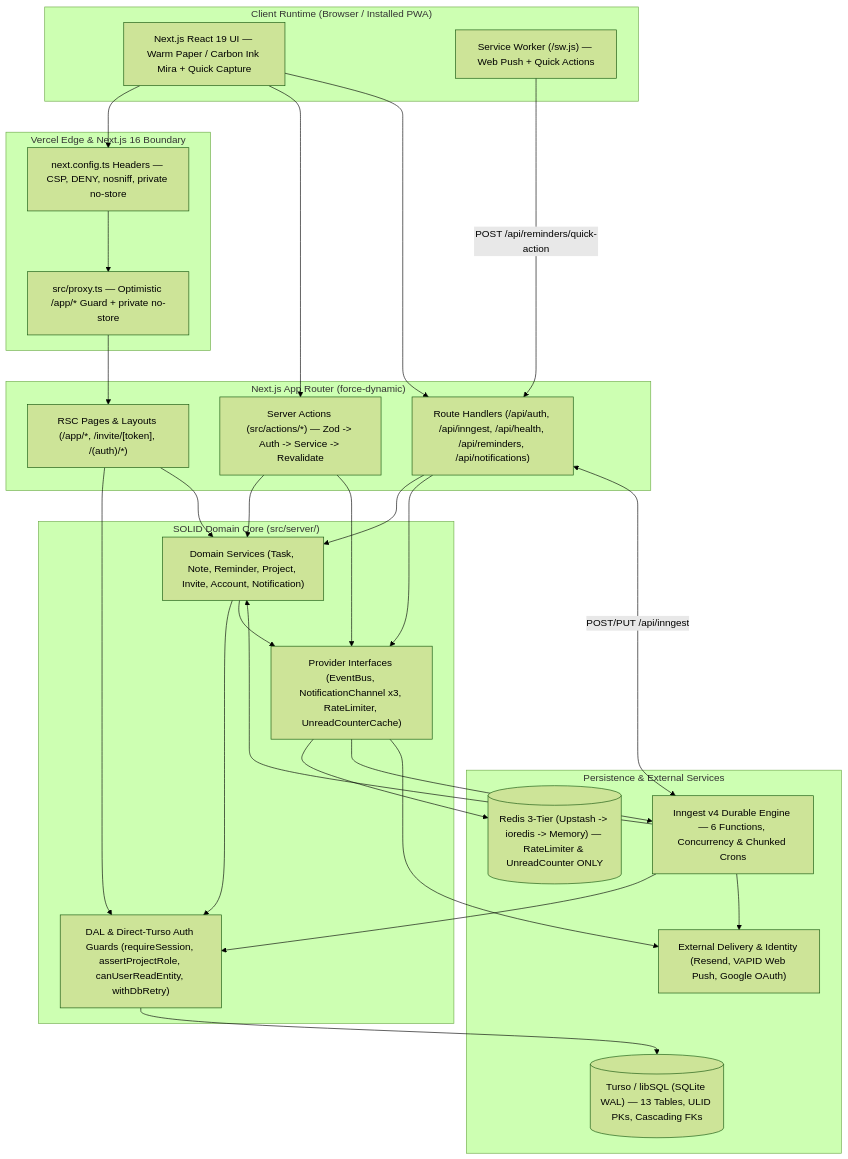
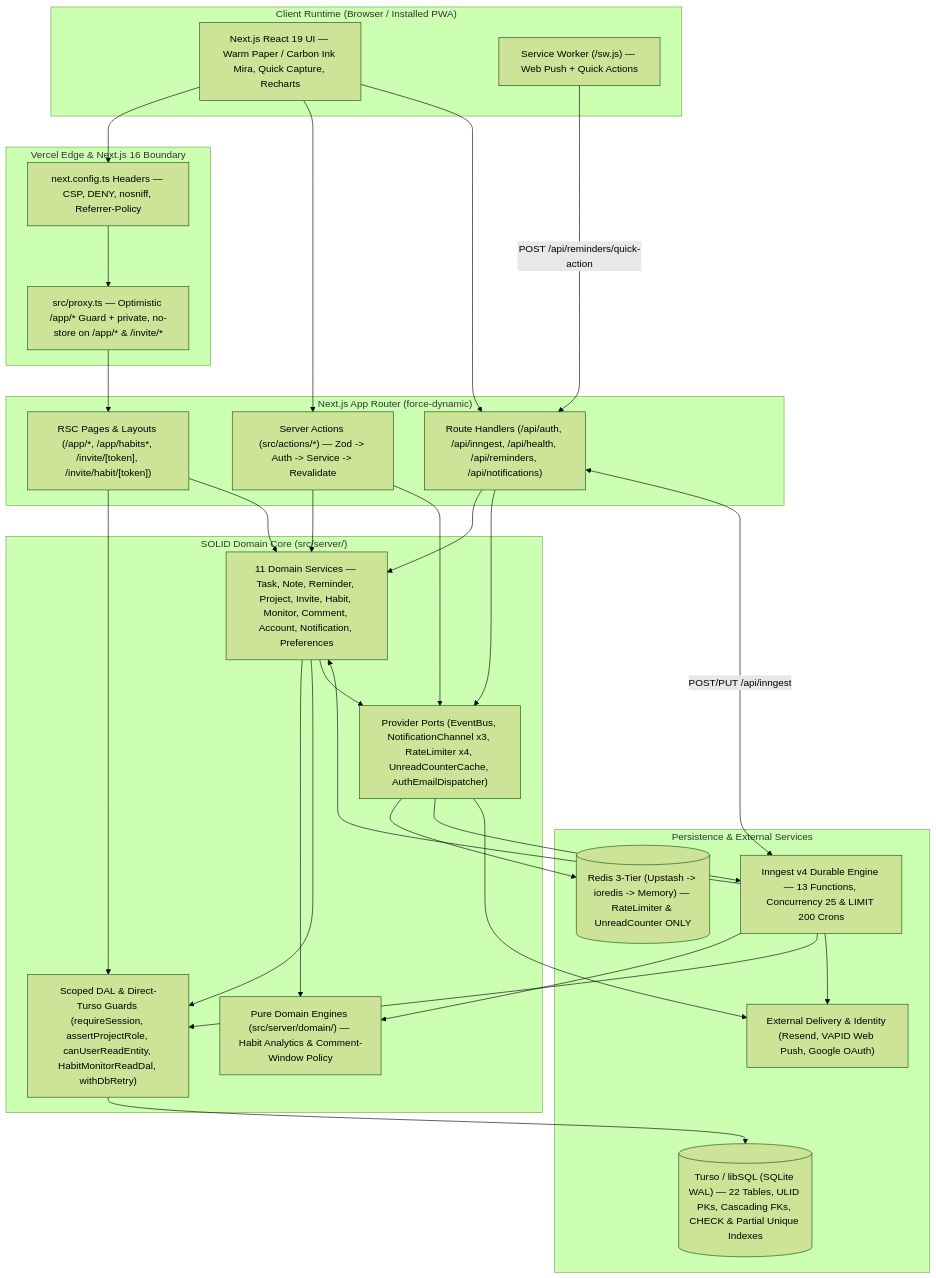
Before and after one commit to Marvin-MM/folio_tracker: the first of 11 diagrams in docs/ARCHITECTURE.md, drawn with Mermaid (forest theme). The commit also changed other lines of this file and 1 other file, not shown here.

Commit message:
docs: unify system architecture and update README for Habits and Accountability Circle

````diff
--- a/docs/ARCHITECTURE.md
+++ b/docs/ARCHITECTURE.md
@@ -11,53 +11,56 @@
 ```mermaid
 flowchart TB
   subgraph Client["Client Runtime (Browser / Installed PWA)"]
-    UI["Next.js React 19 UI — Warm Paper / Carbon Ink Mira + Quick Capture"]
+    UI["Next.js React 19 UI — Warm Paper / Carbon Ink Mira, Quick Capture, Recharts"]
     SW["Service Worker (/sw.js) — Web Push + Quick Actions"]
   end
 
   subgraph Edge["Vercel Edge & Next.js 16 Boundary"]
-    HDR["next.config.ts Headers — CSP, DENY, nosniff, private no-store"]
-    PRX["src/proxy.ts — Optimistic /app/* Guard + private no-store"]
+    HDR["next.config.ts Headers — CSP, DENY, nosniff, Referrer-Policy"]
+    PRX["src/proxy.ts — Optimistic /app/* Guard + private, no-store on /app/* & /invite/*"]
   end
 
   subgraph App["Next.js App Router (force-dynamic)"]
-    RSC["RSC Pages & Layouts (/app/*, /invite/[token], /(auth)/*)"]
+    RSC["RSC Pages & Layouts (/app/*, /app/habits*, /invite/[token], /invite/habit/[token])"]
     ACT["Server Actions (src/actions/*) — Zod -> Auth -> Service -> Revalidate"]
     API["Route Handlers (/api/auth, /api/inngest, /api/health, /api/reminders, /api/notifications)"]
   end
 
   subgraph Core["SOLID Domain Core (src/server/)"]
-    SVC["Domain Services (Task, Note, Reminder, Project, Invite, Account, Notification)"]
-    DAL["DAL & Direct-Turso Auth Guards (requireSession, assertProjectRole, canUserReadEntity, withDbRetry)"]
-    PRV["Provider Interfaces (EventBus, NotificationChannel x3, RateLimiter, UnreadCounterCache)"]
+    DOM["Pure Domain Engines (src/server/domain/) — Habit Analytics & Comment-Window Policy"]
+    SVC["11 Domain Services — Task, Note, Reminder, Project, Invite, Habit, Monitor, Comment, Account, Notification, Preferences"]
+    DAL["Scoped DAL & Direct-Turso Guards (requireSession, assertProjectRole, canUserReadEntity, HabitMonitorReadDal, withDbRetry)"]
+    PRV["Provider Ports (EventBus, NotificationChannel x3, RateLimiter x4, UnreadCounterCache, AuthEmailDispatcher)"]
   end
 
   subgraph Infra["Persistence & External Services"]
-    DB[("Turso / libSQL (SQLite WAL) — 13 Tables, ULID PKs, Cascading FKs")]
+    DB[("Turso / libSQL (SQLite WAL) — 22 Tables, ULID PKs, Cascading FKs, CHECK & Partial Unique Indexes")]
     RDS[("Redis 3-Tier (Upstash -> ioredis -> Memory) — RateLimiter & UnreadCounter ONLY")]
-    ING["Inngest v4 Durable Engine — 6 Functions, Concurrency & Chunked Crons"]
+    ING["Inngest v4 Durable Engine — 13 Functions, Concurrency 25 & LIMIT 200 Crons"]
     EXT["External Delivery & Identity (Resend, VAPID Web Push, Google OAuth)"]
   end
 
   UI --> HDR --> PRX --> RSC
   UI --> ACT
   UI --> API
   SW -->|"POST /api/reminders/quick-action"| API
 
   RSC --> DAL
   RSC --> SVC
   ACT --> SVC
   ACT --> PRV
   API --> SVC
   API --> PRV
   API <-->|"POST/PUT /api/inngest"| ING
 
+  SVC --> DOM
   SVC --> DAL --> DB
   SVC --> PRV
   PRV --> RDS
   PRV --> ING
   PRV --> EXT
+  ING --> DOM
   ING --> SVC
   ING --> DAL
   ING --> EXT
 ```
````
